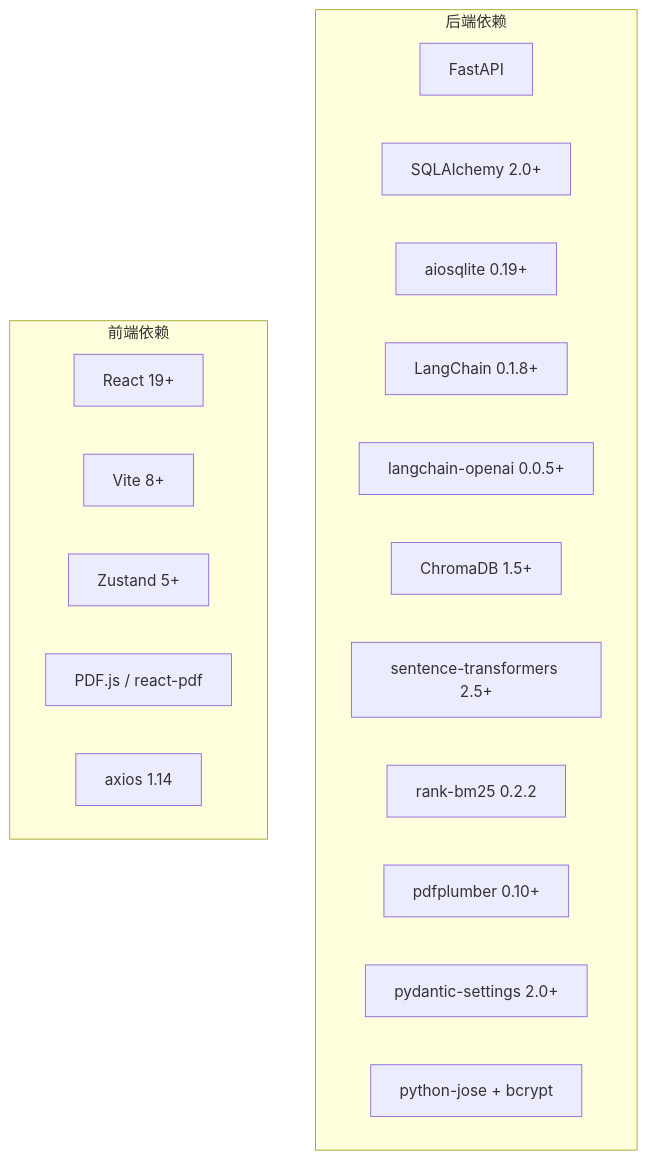
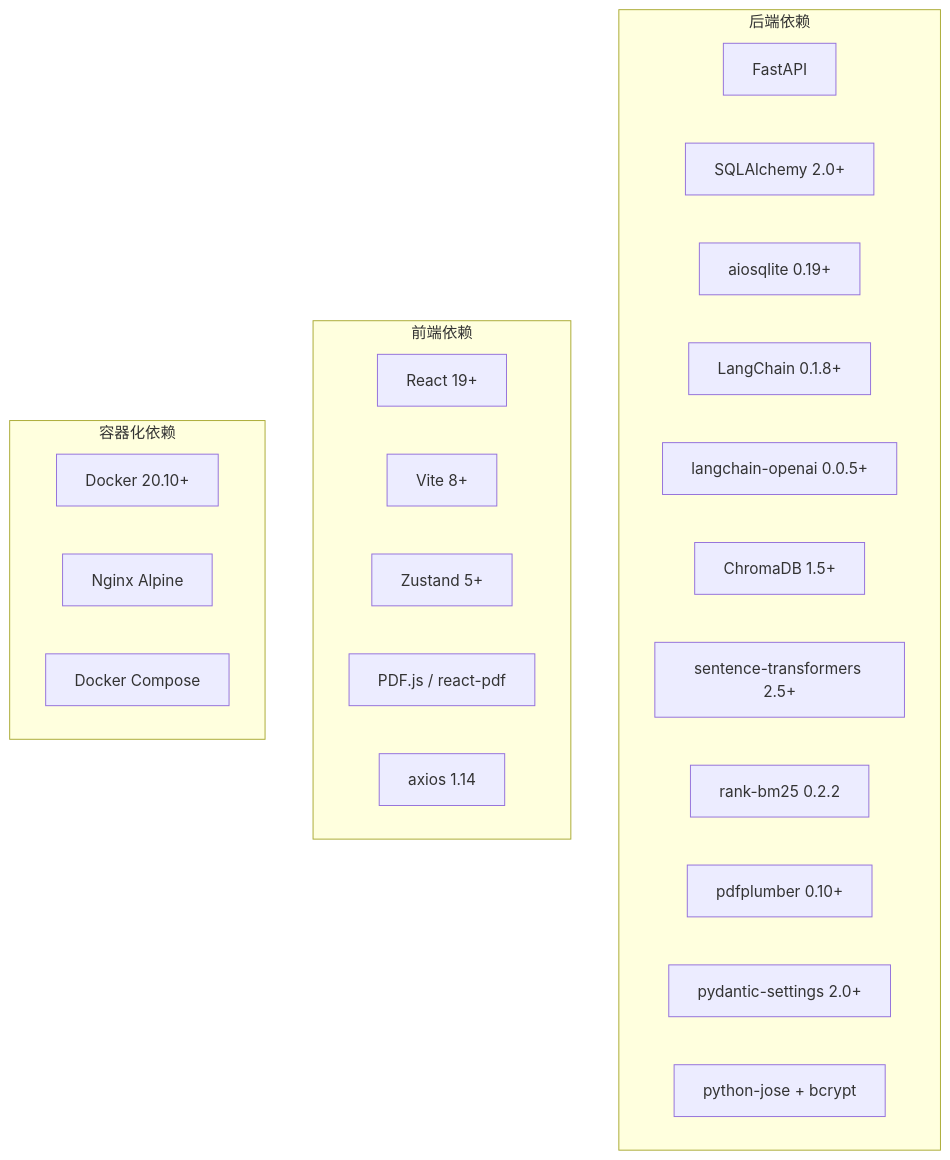
The third of 3 diagrams in .qoder/repowiki/zh/content/部署与运维/部署配置.md (laohanhahaha/PaperChat), drawn with Mermaid before and after one commit. The commit also changed other lines of this file and 59 other files, not shown here.

````diff
--- a/.qoder/repowiki/zh/content/部署与运维/部署配置.md
+++ b/.qoder/repowiki/zh/content/部署与运维/部署配置.md
@@ -203,23 +240,28 @@
 ```mermaid
 graph TB
 subgraph "后端依赖"
 FastAPI["FastAPI"]
 SQLA["SQLAlchemy 2.0+"]
 AioSQLite["aiosqlite 0.19+"]
 LangChain["LangChain 0.1.8+"]
 OpenAI["langchain-openai 0.0.5+"]
 Chroma["ChromaDB 1.5+"]
 SBert["sentence-transformers 2.5+"]
 RankBM25["rank-bm25 0.2.2"]
 PDFPlumber["pdfplumber 0.10+"]
 Pydantic["pydantic-settings 2.0+"]
 JWT["python-jose + bcrypt"]
 end
 subgraph "前端依赖"
 React["React 19+"]
 Vite["Vite 8+"]
 Zustand["Zustand 5+"]
 PDFJS["PDF.js / react-pdf"]
 Axios["axios 1.14"]
 end
+subgraph "容器化依赖"
+Docker["Docker 20.10+"]
+Nginx["Nginx Alpine"]
+Compose["Docker Compose"]
+end
 ```
````
